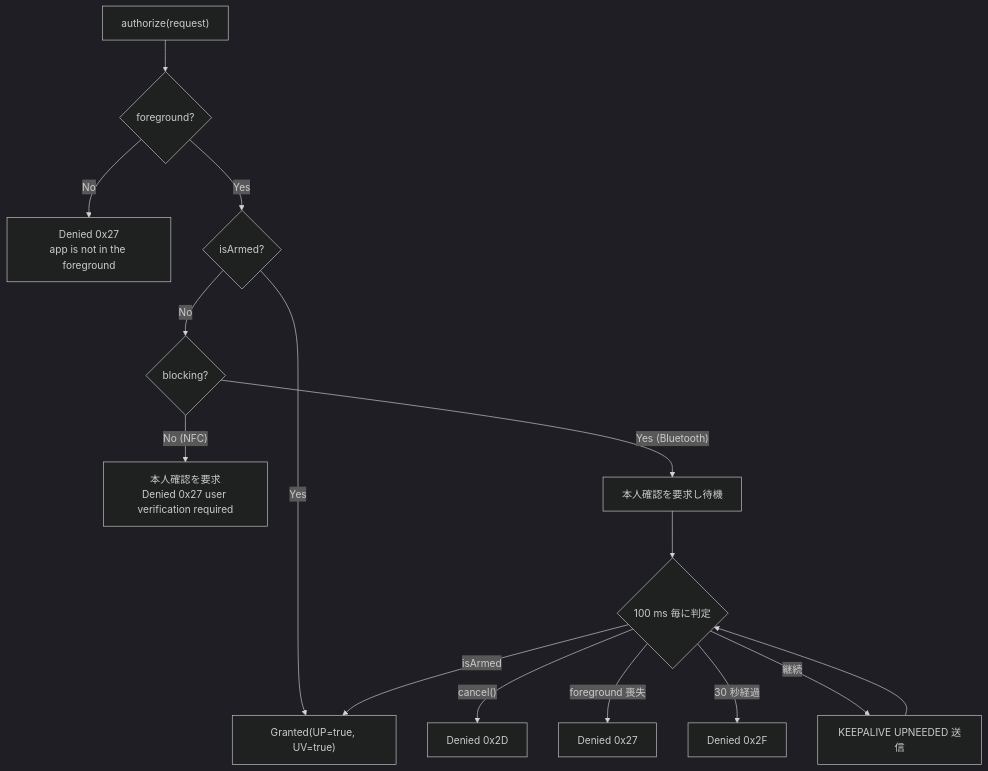
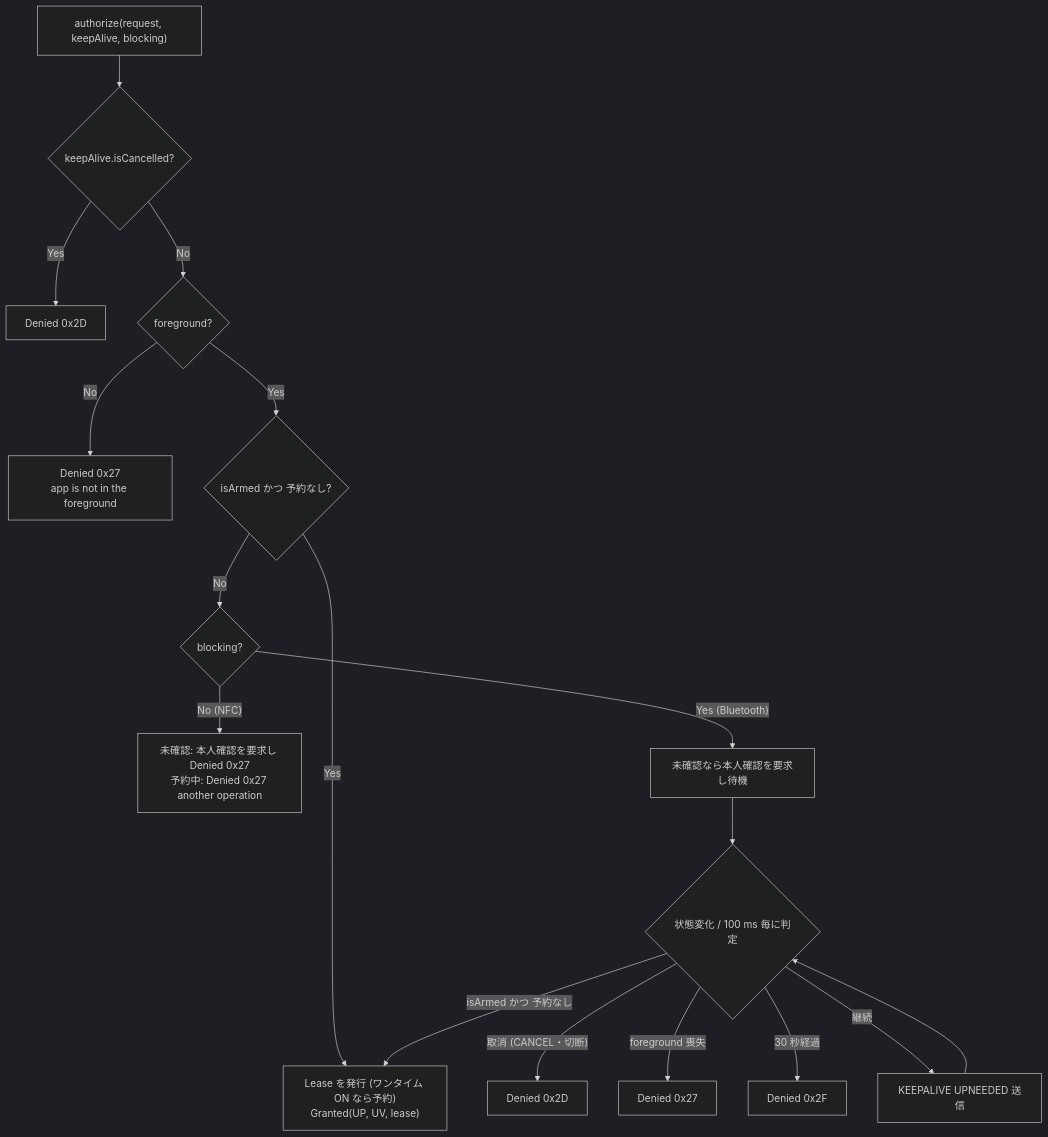
One commit to tecogonaz0439/TCAndroidKey changed the second of 6 diagrams in docs/design/detail/05_state-machines.md. Above: the diagram before and after it, drawn with Mermaid (dark theme). The commit also changed other lines of this file and 19 other files, not shown here.

````diff
--- a/docs/design/detail/05_state-machines.md
+++ b/docs/design/detail/05_state-machines.md
@@ -54,16 +62,18 @@
 ```mermaid
 flowchart TD
-    A["authorize(request)"] --> B{"foreground?"}
+    A["authorize(request, keepAlive, blocking)"] --> X{"keepAlive.isCancelled?"}
+    X -- Yes --> D0["Denied 0x2D"]
+    X -- No --> B{"foreground?"}
     B -- No --> D1["Denied 0x27<br/>app is not in the foreground"]
-    B -- Yes --> C{"isArmed?"}
-    C -- Yes --> G["Granted(UP=true, UV=true)"]
+    B -- Yes --> C{"isArmed かつ 予約なし?"}
+    C -- Yes --> G["Lease を発行 (ワンタイム ON なら予約)<br/>Granted(UP, UV, lease)"]
     C -- No --> E{"blocking?"}
-    E -- "No (NFC)" --> D2["本人確認を要求<br/>Denied 0x27 user verification required"]
-    E -- "Yes (Bluetooth)" --> W["本人確認を要求し待機"]
-    W --> L{"100 ms 毎に判定"}
-    L -- "cancel()" --> D3["Denied 0x2D"]
+    E -- "No (NFC)" --> D2["未確認: 本人確認を要求し Denied 0x27<br/>予約中: Denied 0x27 another operation"]
+    E -- "Yes (Bluetooth)" --> W["未確認なら本人確認を要求し待機"]
+    W --> L{"状態変化 / 100 ms 毎に判定"}
+    L -- "取消 (CANCEL・切断)" --> D3["Denied 0x2D"]
     L -- "foreground 喪失" --> D4["Denied 0x27"]
-    L -- "isArmed" --> G
+    L -- "isArmed かつ 予約なし" --> G
     L -- "30 秒経過" --> D5["Denied 0x2F"]
     L -- "継続" --> K["KEEPALIVE UPNEEDED 送信"] --> L
 ```
````
